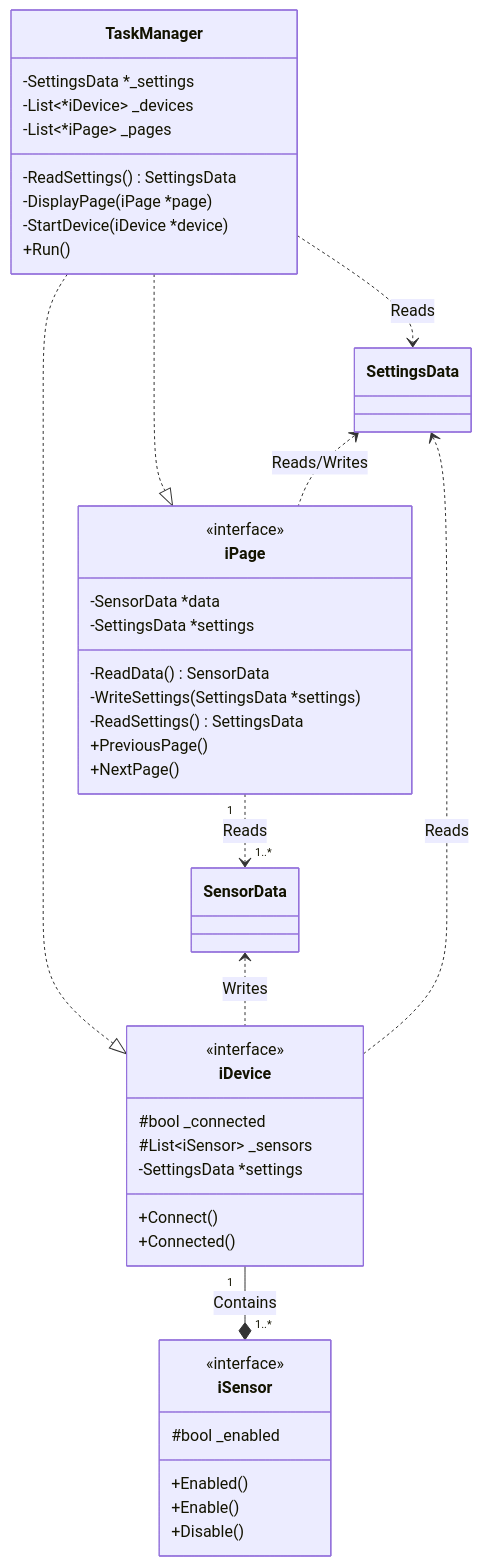
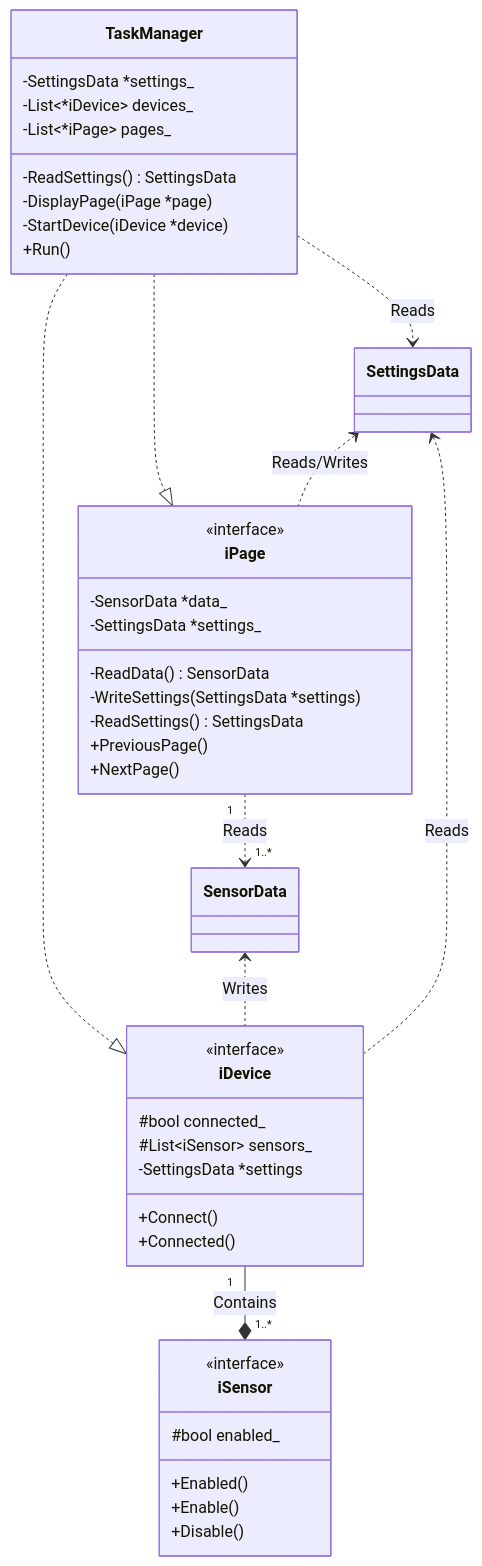
The diagram in DIAGRAM.md (juliannojungle/pedal.guru), drawn with Mermaid before and after one commit. The commit also changed other lines of this file and 6 other files, not shown here.

````diff
--- a/DIAGRAM.md
+++ b/DIAGRAM.md
@@ -25,67 +26,67 @@
 ```mermaid
 classDiagram
 
 class SettingsData
 
-link SettingsData "https://github.com/juliannojungle/OpenCC/blob/main/src/opencc.hpp"
+link SettingsData "src/opencc.hpp"
 
 class TaskManager {
-    -SettingsData *_settings
-    -List~*iDevice~ _devices
-    -List~*iPage~ _pages
+    -SettingsData *settings_
+    -List~*iDevice~ devices_
+    -List~*iPage~ pages_
     -ReadSettings() SettingsData
     -DisplayPage(iPage *page)
     -StartDevice(iDevice *device)
     +Run()
 }
 
 link TaskManager "https://github.com/juliannojungle/OpenCC/blob/main/src/task_manager.cpp"
 TaskManager ..|> iPage
 TaskManager ..|> iDevice
 TaskManager ..> SettingsData : Reads
 
 class iPage {
     <<interface>>
-    -SensorData *data
-    -SettingsData *settings
+    -SensorData *data_
+    -SettingsData *settings_
     -ReadData() SensorData
     -WriteSettings(SettingsData *settings)
     -ReadSettings() SettingsData
     +PreviousPage()
     +NextPage()
 }
 
 link iPage "https://github.com/juliannojungle/OpenCC/blob/main/src/gui/pages/iPage.hpp"
 
 class iSensor {
     <<interface>>
-    #bool _enabled
+    #bool enabled_
     +Enabled()
     +Enable()
     +Disable()
 }
 
 link iSensor "https://github.com/juliannojungle/OpenCC/blob/main/src/sensors/iSensor.hpp"
 
 class iDevice {
     <<interface>>
-    #bool _connected
-    #List~iSensor~ _sensors
+    #bool connected_
+    #List~iSensor~ sensors_
     -SettingsData *settings
     +Connect()
     +Connected()
 }
 
 link iDevice "https://github.com/juliannojungle/OpenCC/blob/main/src/devices/iDevice.hpp"
 
 class SensorData
 
 link SensorData "https://github.com/juliannojungle/OpenCC/blob/main/src/opencc.hpp"
 
 iDevice "1" --* "1..*" iSensor : Contains
 SensorData <.. iDevice : Writes
 
 iPage "1" ..> "1..*" SensorData : Reads
 SettingsData <.. iPage : Reads/Writes
 iDevice ..> SettingsData : Reads
 ```
````
